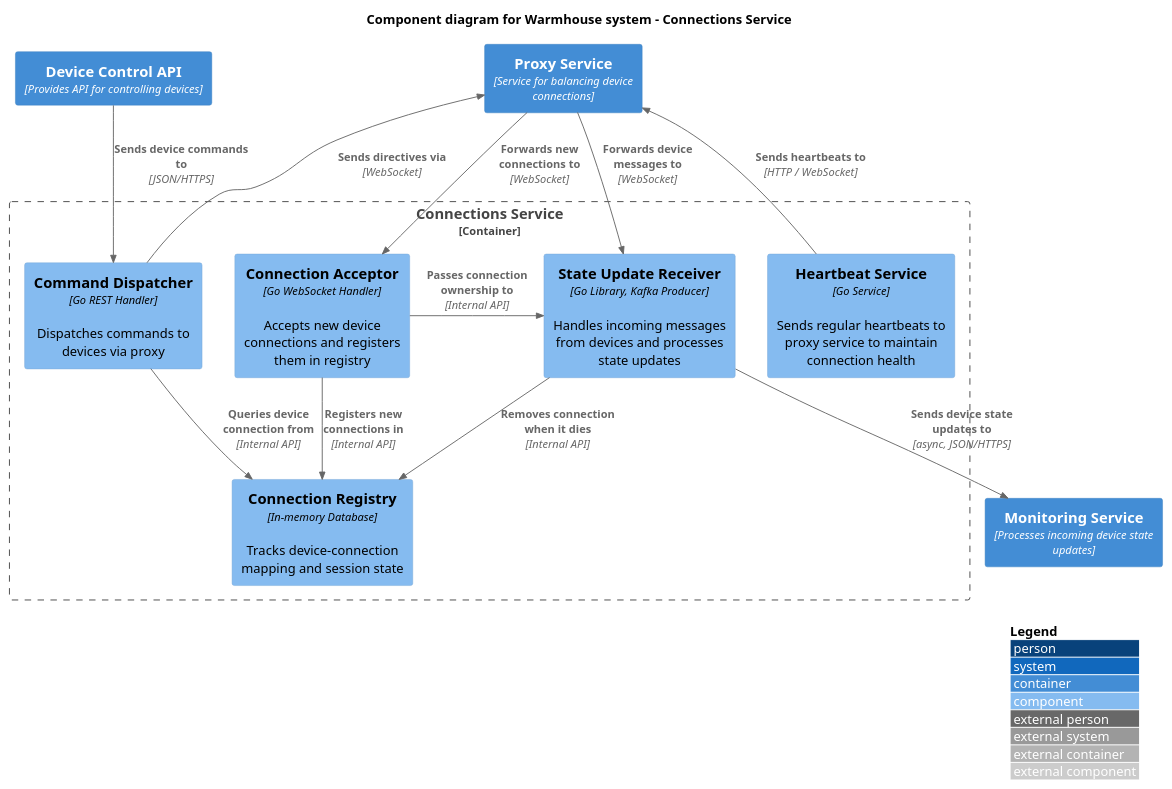
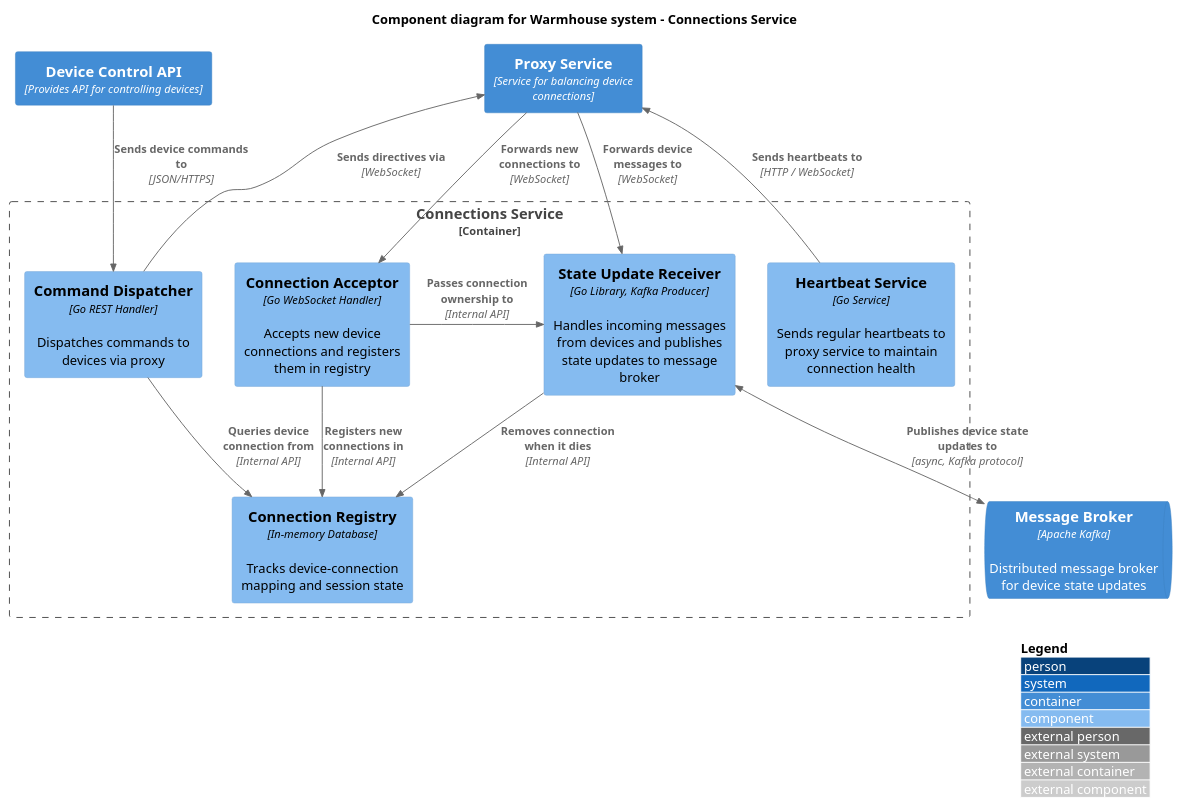
The diagram in diagrams/component/connections_service.puml (regu1yar/p1-architecture-warmhouse), drawn with PlantUML before and after one commit. The commit also changed 8 other files, not shown here.

Commit message:
Remove monitoring service, update workflow

```diff
--- a/diagrams/component/connections_service.puml
+++ b/diagrams/component/connections_service.puml
@@ -1,33 +1,33 @@
 @startuml
 !include https://raw.githubusercontent.com/plantuml-stdlib/C4-PlantUML/master/C4_Component.puml
 ' !include ../common/C4_Component.puml
 
 LAYOUT_WITH_LEGEND()
 
 title Component diagram for Warmhouse system - Connections Service
 
 Container(proxy_service, "Proxy Service", "Service for balancing device connections")
-Container(monitoring_service, "Monitoring Service", "Processes incoming device state updates")
+ContainerQueue(message_broker, "Message Broker", "Apache Kafka", "Distributed message broker for device state updates")
 Container(device_control_api, "Device Control API", "Provides API for controlling devices")
 
 Container_Boundary(connections_service, "Connections Service") {
     Component(connection_acceptor, "Connection Acceptor", "Go WebSocket Handler", "Accepts new device connections and registers them in registry")
-    Component(state_update_receiver, "State Update Receiver", "Go Library, Kafka Producer", "Handles incoming messages from devices and processes state updates")
+    Component(state_update_receiver, "State Update Receiver", "Go Library, Kafka Producer", "Handles incoming messages from devices and publishes state updates to message broker")
     Component(command_dispatcher, "Command Dispatcher", "Go REST Handler", "Dispatches commands to devices via proxy")
     Component(connection_registry, "Connection Registry", "In-memory Database", "Tracks device-connection mapping and session state")
     Component(heartbeat_service, "Heartbeat Service", "Go Service", "Sends regular heartbeats to proxy service to maintain connection health")
 
     Rel(connection_acceptor, connection_registry, "Registers new connections in", "Internal API")
     Rel_Neighbor(connection_acceptor, state_update_receiver, "Passes connection ownership to", "Internal API")
     Rel(state_update_receiver, connection_registry, "Removes connection when it dies", "Internal API")
     Rel(command_dispatcher, connection_registry, "Queries device connection from", "Internal API")
-    Rel(state_update_receiver, monitoring_service, "Sends device state updates to", "async, JSON/HTTPS")
+    BiRel(state_update_receiver, message_broker, "Publishes device state updates to", "async, Kafka protocol")
     Rel(command_dispatcher, proxy_service, "Sends directives via", "WebSocket")
     Rel(heartbeat_service, proxy_service, "Sends heartbeats to", "HTTP / WebSocket")
 }
 
 Rel(proxy_service, connection_acceptor, "Forwards new connections to", "WebSocket")
 Rel(proxy_service, state_update_receiver, "Forwards device messages to", "WebSocket")
 Rel(device_control_api, command_dispatcher, "Sends device commands to", "JSON/HTTPS")
 
 @enduml
```
